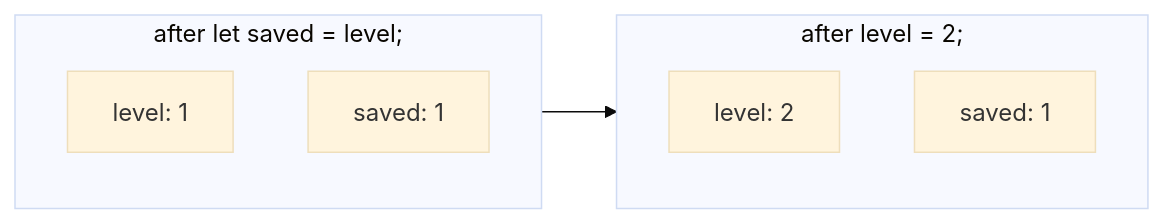
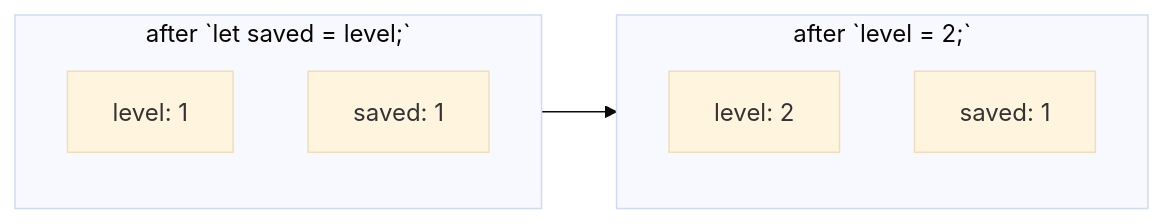
The diagram in content/docs/1.learn/01.basics/04.mutable.md (rux-lang/Web), drawn with Mermaid (base theme) before and after one commit. The commit also changed 49 other files, not shown here.

````diff
--- a/content/docs/1.learn/01.basics/04.mutable.md
+++ b/content/docs/1.learn/01.basics/04.mutable.md
@@ -56,12 +56,12 @@
 ```mermaid
 flowchart LR
-    subgraph before ["after let saved = level;"]
-        l1["level: 1"]
-        s1["saved: 1"]
+    subgraph before ["after `let saved = level;`"]
+        l1["`level: 1`"]
+        s1["`saved: 1`"]
     end
-    subgraph after ["after level = 2;"]
-        l2["level: 2"]
-        s2["saved: 1"]
+    subgraph after ["after `level = 2;`"]
+        l2["`level: 2`"]
+        s2["`saved: 1`"]
     end
     before --> after
 ```
````
